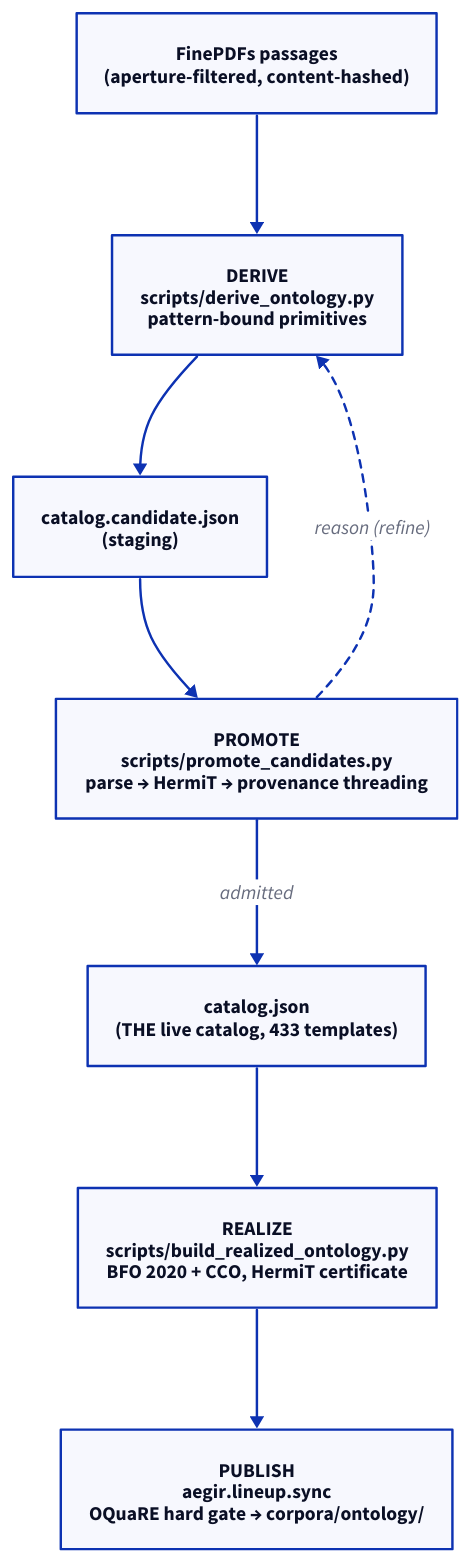
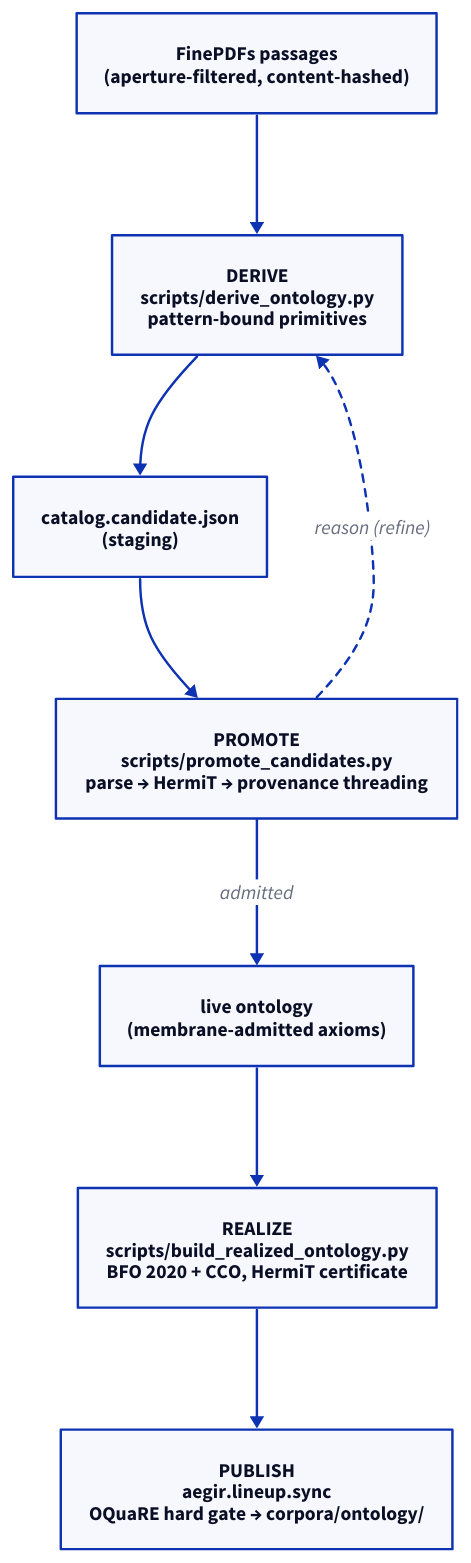
The diagram in docs/current/src/ontology.md (zndx/aegir), drawn with D2 before and after one commit. The commit also changed other lines of this file and 7 other files, not shown here.

````diff
--- a/docs/current/src/ontology.md
+++ b/docs/current/src/ontology.md
@@ -50,21 +52,21 @@
 ```d2
 direction: down
 
 passages: FinePDFs passages\n(aperture-filtered, content-hashed)
 derive: DERIVE\nscripts/derive_ontology.py\npattern-bound primitives
 candidate: catalog.candidate.json\n(staging)
 promote: PROMOTE\nscripts/promote_candidates.py\nparse → HermiT → provenance threading
-catalog: catalog.json\n(THE live catalog, 433 templates)
+catalog: live ontology\n(membrane-admitted axioms)
 realize: REALIZE\nscripts/build_realized_ontology.py\nBFO 2020 + CCO, HermiT certificate
 publish: PUBLISH\naegir.lineup.sync\nOQuaRE hard gate → corpora/ontology/
 
 passages -> derive
 derive -> candidate
 candidate -> promote
 promote -> catalog: admitted
 promote -> derive: reason (refine) {
   style.stroke-dash: 3
 }
 catalog -> realize
 realize -> publish
 ```
````
